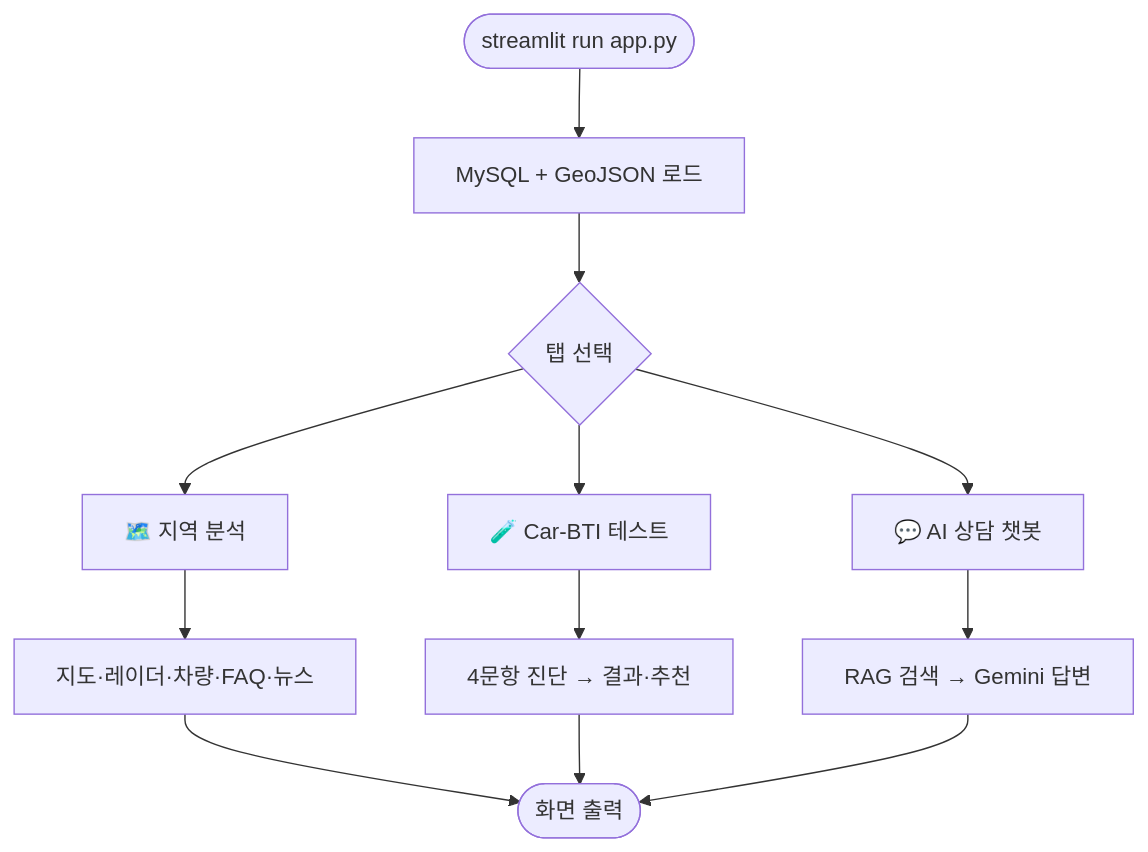
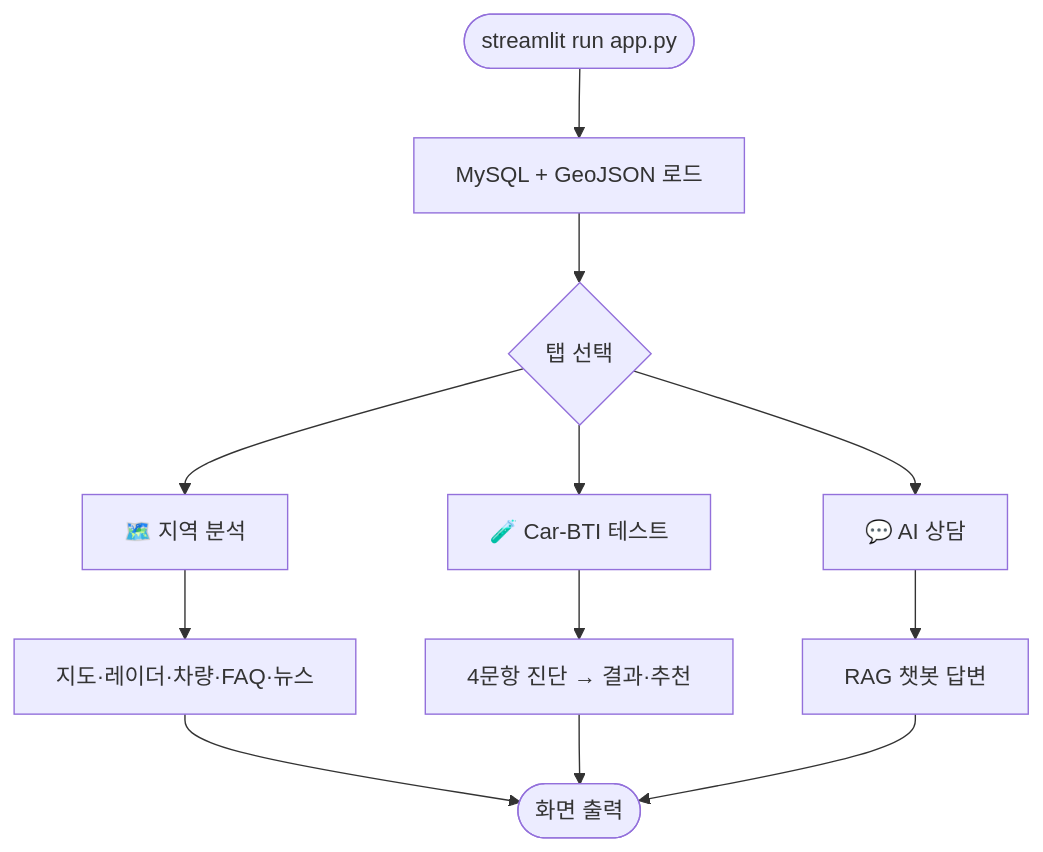
The third of 4 diagrams in README.md (SKNETWORKS-FAMILY-AICAMP/SKN34-1st-3Team), drawn with Mermaid before and after one commit. The commit also changed other lines of this file and 14 other files, not shown here.

````diff
--- a/README.md
+++ b/README.md
@@ -172,15 +172,15 @@
 ```mermaid
 flowchart TD
     Start(["streamlit run app.py"]) --> Load["MySQL + GeoJSON 로드"]
     Load --> Tabs{"탭 선택"}
 
     Tabs --> T1["🗺️ 지역 분석"]
     Tabs --> T2["🧪 Car-BTI 테스트"]
-    Tabs --> T3["💬 AI 상담 챗봇"]
+    Tabs --> T3["💬 AI 상담"]
 
     T1 --> T1D["지도·레이더·차량·FAQ·뉴스"]
     T2 --> T2C["4문항 진단 → 결과·추천"]
-    T3 --> T3D["RAG 검색 → Gemini 답변"]
+    T3 --> T3D["RAG 챗봇 답변"]
 
     T1D & T2C & T3D --> End(["화면 출력"])
 ```
````
